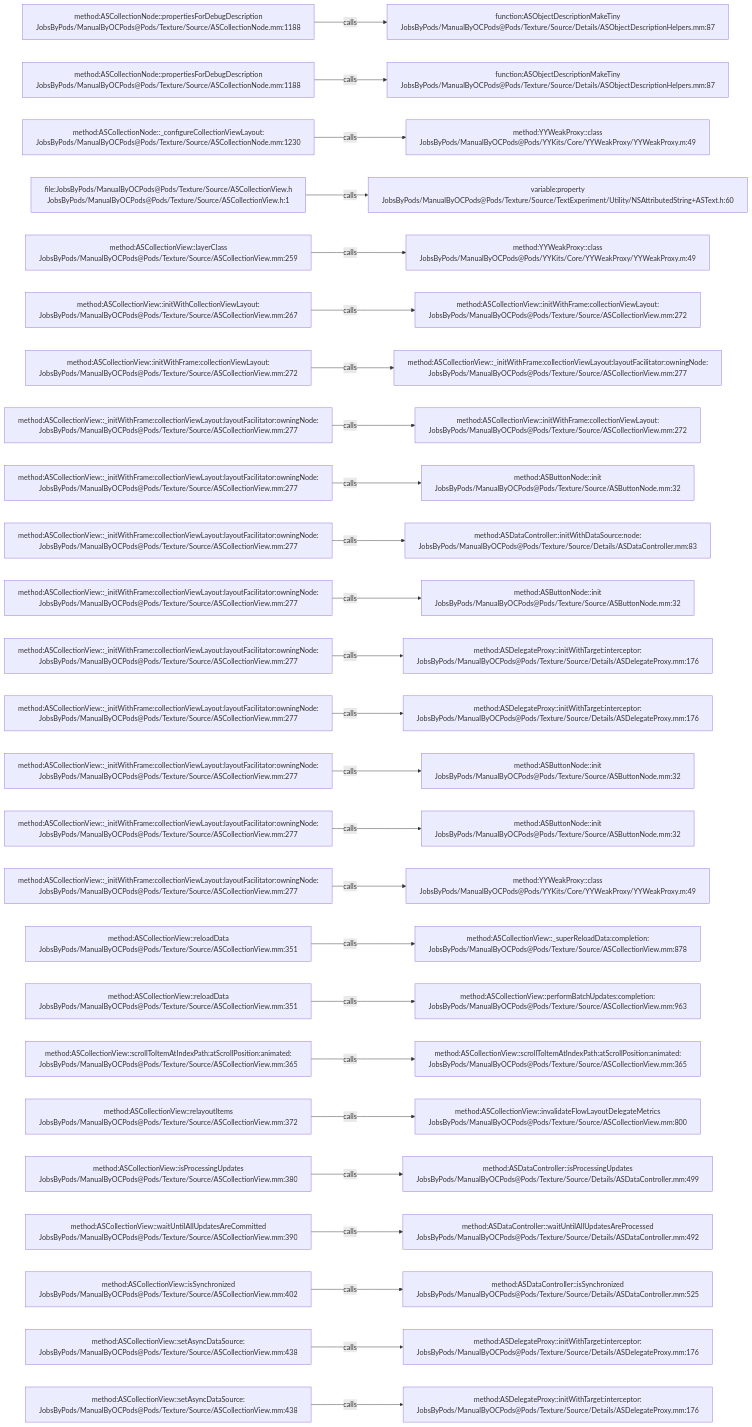
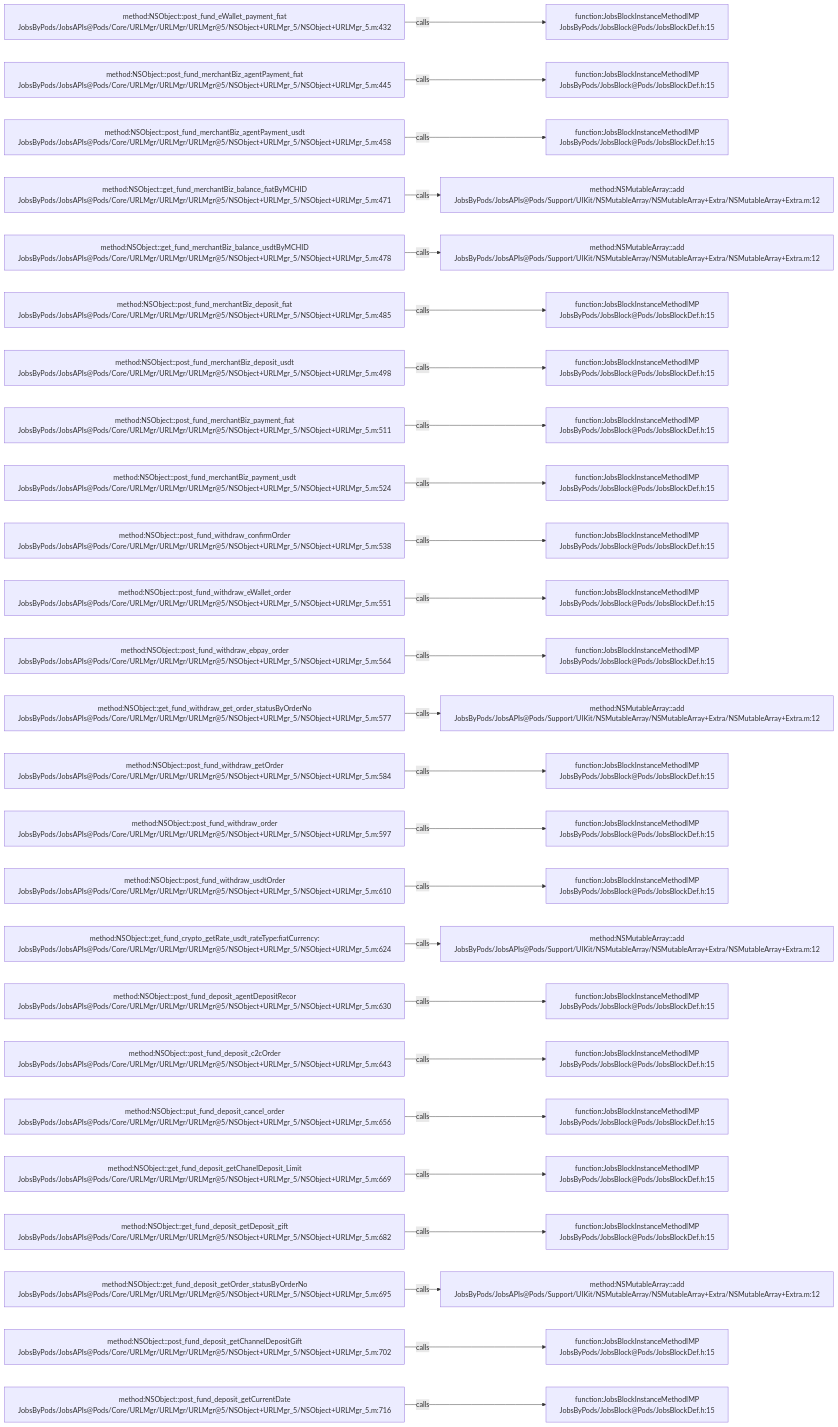
Before and after one commit to JobsKits/JobsOCBaseConfigDemo: the diagram in .codegraph/codegraph.md/graphs/calls-065.md, drawn with Mermaid. The commit also changed 768 other files, not shown here.

````diff
--- a/.codegraph/codegraph.md/graphs/calls-065.md
+++ b/.codegraph/codegraph.md/graphs/calls-065.md
@@ -13,78 +13,78 @@
 ```mermaid
 flowchart LR
-  S1["method:ASCollectionNode::propertiesForDebugDescription<br/>JobsByPods/ManualByOCPods@Pods/Texture/Source/ASCollectionNode.mm:1188"]
-  T1["function:ASObjectDescriptionMakeTiny<br/>JobsByPods/ManualByOCPods@Pods/Texture/Source/Details/ASObjectDescriptionHelpers.mm:87"]
+  S1["method:NSObject::post_fund_eWallet_payment_fiat<br/>JobsByPods/JobsAPIs@Pods/Core/URLMgr/URLMgr/URLMgr@5/NSObject+URLMgr_5/NSObject+URLMgr_5.m:432"]
+  T1["function:JobsBlockInstanceMethodIMP<br/>JobsByPods/JobsBlock@Pods/JobsBlockDef.h:15"]
   S1 -->|calls| T1
-  S2["method:ASCollectionNode::propertiesForDebugDescription<br/>JobsByPods/ManualByOCPods@Pods/Texture/Source/ASCollectionNode.mm:1188"]
-  T2["function:ASObjectDescriptionMakeTiny<br/>JobsByPods/ManualByOCPods@Pods/Texture/Source/Details/ASObjectDescriptionHelpers.mm:87"]
+  S2["method:NSObject::post_fund_merchantBiz_agentPayment_fiat<br/>JobsByPods/JobsAPIs@Pods/Core/URLMgr/URLMgr/URLMgr@5/NSObject+URLMgr_5/NSObject+URLMgr_5.m:445"]
+  T2["function:JobsBlockInstanceMethodIMP<br/>JobsByPods/JobsBlock@Pods/JobsBlockDef.h:15"]
   S2 -->|calls| T2
-  S3["method:ASCollectionNode::_configureCollectionViewLayout:<br/>JobsByPods/ManualByOCPods@Pods/Texture/Source/ASCollectionNode.mm:1230"]
-  T3["method:YYWeakProxy::class<br/>JobsByPods/ManualByOCPods@Pods/YYKits/Core/YYWeakProxy/YYWeakProxy.m:49"]
+  S3["method:NSObject::post_fund_merchantBiz_agentPayment_usdt<br/>JobsByPods/JobsAPIs@Pods/Core/URLMgr/URLMgr/URLMgr@5/NSObject+URLMgr_5/NSObject+URLMgr_5.m:458"]
+  T3["function:JobsBlockInstanceMethodIMP<br/>JobsByPods/JobsBlock@Pods/JobsBlockDef.h:15"]
   S3 -->|calls| T3
-  S4["file:JobsByPods/ManualByOCPods@Pods/Texture/Source/ASCollectionView.h<br/>JobsByPods/ManualByOCPods@Pods/Texture/Source/ASCollectionView.h:1"]
-  T4["variable:property<br/>JobsByPods/ManualByOCPods@Pods/Texture/Source/TextExperiment/Utility/NSAttributedString+ASText.h:60"]
+  S4["method:NSObject::get_fund_merchantBiz_balance_fiatByMCHID<br/>JobsByPods/JobsAPIs@Pods/Core/URLMgr/URLMgr/URLMgr@5/NSObject+URLMgr_5/NSObject+URLMgr_5.m:471"]
+  T4["method:NSMutableArray::add<br/>JobsByPods/JobsAPIs@Pods/Support/UIKit/NSMutableArray/NSMutableArray+Extra/NSMutableArray+Extra.m:12"]
   S4 -->|calls| T4
-  S5["method:ASCollectionView::layerClass<br/>JobsByPods/ManualByOCPods@Pods/Texture/Source/ASCollectionView.mm:259"]
-  T5["method:YYWeakProxy::class<br/>JobsByPods/ManualByOCPods@Pods/YYKits/Core/YYWeakProxy/YYWeakProxy.m:49"]
+  S5["method:NSObject::get_fund_merchantBiz_balance_usdtByMCHID<br/>JobsByPods/JobsAPIs@Pods/Core/URLMgr/URLMgr/URLMgr@5/NSObject+URLMgr_5/NSObject+URLMgr_5.m:478"]
+  T5["method:NSMutableArray::add<br/>JobsByPods/JobsAPIs@Pods/Support/UIKit/NSMutableArray/NSMutableArray+Extra/NSMutableArray+Extra.m:12"]
   S5 -->|calls| T5
-  S6["method:ASCollectionView::initWithCollectionViewLayout:<br/>JobsByPods/ManualByOCPods@Pods/Texture/Source/ASCollectionView.mm:267"]
-  T6["method:ASCollectionView::initWithFrame:collectionViewLayout:<br/>JobsByPods/ManualByOCPods@Pods/Texture/Source/ASCollectionView.mm:272"]
+  S6["method:NSObject::post_fund_merchantBiz_deposit_fiat<br/>JobsByPods/JobsAPIs@Pods/Core/URLMgr/URLMgr/URLMgr@5/NSObject+URLMgr_5/NSObject+URLMgr_5.m:485"]
+  T6["function:JobsBlockInstanceMethodIMP<br/>JobsByPods/JobsBlock@Pods/JobsBlockDef.h:15"]
   S6 -->|calls| T6
-  S7["method:ASCollectionView::initWithFrame:collectionViewLayout:<br/>JobsByPods/ManualByOCPods@Pods/Texture/Source/ASCollectionView.mm:272"]
-  T7["method:ASCollectionView::_initWithFrame:collectionViewLayout:layoutFacilitator:owningNode:<br/>JobsByPods/ManualByOCPods@Pods/Texture/Source/ASCollectionView.mm:277"]
+  S7["method:NSObject::post_fund_merchantBiz_deposit_usdt<br/>JobsByPods/JobsAPIs@Pods/Core/URLMgr/URLMgr/URLMgr@5/NSObject+URLMgr_5/NSObject+URLMgr_5.m:498"]
+  T7["function:JobsBlockInstanceMethodIMP<br/>JobsByPods/JobsBlock@Pods/JobsBlockDef.h:15"]
   S7 -->|calls| T7
-  S8["method:ASCollectionView::_initWithFrame:collectionViewLayout:layoutFacilitator:owningNode:<br/>JobsByPods/ManualByOCPods@Pods/Texture/Source/ASCollectionView.mm:277"]
-  T8["method:ASCollectionView::initWithFrame:collectionViewLayout:<br/>JobsByPods/ManualByOCPods@Pods/Texture/Source/ASCollectionView.mm:272"]
+  S8["method:NSObject::post_fund_merchantBiz_payment_fiat<br/>JobsByPods/JobsAPIs@Pods/Core/URLMgr/URLMgr/URLMgr@5/NSObject+URLMgr_5/NSObject+URLMgr_5.m:511"]
+  T8["function:JobsBlockInstanceMethodIMP<br/>JobsByPods/JobsBlock@Pods/JobsBlockDef.h:15"]
   S8 -->|calls| T8
-  S9["method:ASCollectionView::_initWithFrame:collectionViewLayout:layoutFacilitator:owningNode:<br/>JobsByPods/ManualByOCPods@Pods/Texture/Source/ASCollectionView.mm:277"]
-  T9["method:ASButtonNode::init<br/>JobsByPods/ManualByOCPods@Pods/Texture/Source/ASButtonNode.mm:32"]
+  S9["method:NSObject::post_fund_merchantBiz_payment_usdt<br/>JobsByPods/JobsAPIs@Pods/Core/URLMgr/URLMgr/URLMgr@5/NSObject+URLMgr_5/NSObject+URLMgr_5.m:524"]
+  T9["function:JobsBlockInstanceMethodIMP<br/>JobsByPods/JobsBlock@Pods/JobsBlockDef.h:15"]
   S9 -->|calls| T9
-  S10["method:ASCollectionView::_initWithFrame:collectionViewLayout:layoutFacilitator:owningNode:<br/>JobsByPods/ManualByOCPods@Pods/Texture/Source/ASCollectionView.mm:277"]
-  T10["method:ASDataController::initWithDataSource:node:<br/>JobsByPods/ManualByOCPods@Pods/Texture/Source/Details/ASDataController.mm:83"]
+  S10["method:NSObject::post_fund_withdraw_confirmOrder<br/>JobsByPods/JobsAPIs@Pods/Core/URLMgr/URLMgr/URLMgr@5/NSObject+URLMgr_5/NSObject+URLMgr_5.m:538"]
+  T10["function:JobsBlockInstanceMethodIMP<br/>JobsByPods/JobsBlock@Pods/JobsBlockDef.h:15"]
   S10 -->|calls| T10
-  S11["method:ASCollectionView::_initWithFrame:collectionViewLayout:layoutFacilitator:owningNode:<br/>JobsByPods/ManualByOCPods@Pods/Texture/Source/ASCollectionView.mm:277"]
-  T11["method:ASButtonNode::init<br/>JobsByPods/ManualByOCPods@Pods/Texture/Source/ASButtonNode.mm:32"]
+  S11["method:NSObject::post_fund_withdraw_eWallet_order<br/>JobsByPods/JobsAPIs@Pods/Core/URLMgr/URLMgr/URLMgr@5/NSObject+URLMgr_5/NSObject+URLMgr_5.m:551"]
+  T11["function:JobsBlockInstanceMethodIMP<br/>JobsByPods/JobsBlock@Pods/JobsBlockDef.h:15"]
   S11 -->|calls| T11
-  S12["method:ASCollectionView::_initWithFrame:collectionViewLayout:layoutFacilitator:owningNode:<br/>JobsByPods/ManualByOCPods@Pods/Texture/Source/ASCollectionView.mm:277"]
-  T12["method:ASDelegateProxy::initWithTarget:interceptor:<br/>JobsByPods/ManualByOCPods@Pods/Texture/Source/Details/ASDelegateProxy.mm:176"]
+  S12["method:NSObject::post_fund_withdraw_ebpay_order<br/>JobsByPods/JobsAPIs@Pods/Core/URLMgr/URLMgr/URLMgr@5/NSObject+URLMgr_5/NSObject+URLMgr_5.m:564"]
+  T12["function:JobsBlockInstanceMethodIMP<br/>JobsByPods/JobsBlock@Pods/JobsBlockDef.h:15"]
   S12 -->|calls| T12
-  S13["method:ASCollectionView::_initWithFrame:collectionViewLayout:layoutFacilitator:owningNode:<br/>JobsByPods/ManualByOCPods@Pods/Texture/Source/ASCollectionView.mm:277"]
-  T13["method:ASDelegateProxy::initWithTarget:interceptor:<br/>JobsByPods/ManualByOCPods@Pods/Texture/Source/Details/ASDelegateProxy.mm:176"]
+  S13["method:NSObject::get_fund_withdraw_get_order_statusByOrderNo<br/>JobsByPods/JobsAPIs@Pods/Core/URLMgr/URLMgr/URLMgr@5/NSObject+URLMgr_5/NSObject+URLMgr_5.m:577"]
+  T13["method:NSMutableArray::add<br/>JobsByPods/JobsAPIs@Pods/Support/UIKit/NSMutableArray/NSMutableArray+Extra/NSMutableArray+Extra.m:12"]
   S13 -->|calls| T13
-  S14["method:ASCollectionView::_initWithFrame:collectionViewLayout:layoutFacilitator:owningNode:<br/>JobsByPods/ManualByOCPods@Pods/Texture/Source/ASCollectionView.mm:277"]
-  T14["method:ASButtonNode::init<br/>JobsByPods/ManualByOCPods@Pods/Texture/Source/ASButtonNode.mm:32"]
+  S14["method:NSObject::post_fund_withdraw_getOrder<br/>JobsByPods/JobsAPIs@Pods/Core/URLMgr/URLMgr/URLMgr@5/NSObject+URLMgr_5/NSObject+URLMgr_5.m:584"]
+  T14["function:JobsBlockInstanceMethodIMP<br/>JobsByPods/JobsBlock@Pods/JobsBlockDef.h:15"]
   S14 -->|calls| T14
-  S15["method:ASCollectionView::_initWithFrame:collectionViewLayout:layoutFacilitator:owningNode:<br/>JobsByPods/ManualByOCPods@Pods/Texture/Source/ASCollectionView.mm:277"]
-  T15["method:ASButtonNode::init<br/>JobsByPods/ManualByOCPods@Pods/Texture/Source/ASButtonNode.mm:32"]
+  S15["method:NSObject::post_fund_withdraw_order<br/>JobsByPods/JobsAPIs@Pods/Core/URLMgr/URLMgr/URLMgr@5/NSObject+URLMgr_5/NSObject+URLMgr_5.m:597"]
+  T15["function:JobsBlockInstanceMethodIMP<br/>JobsByPods/JobsBlock@Pods/JobsBlockDef.h:15"]
   S15 -->|calls| T15
-  S16["method:ASCollectionView::_initWithFrame:collectionViewLayout:layoutFacilitator:owningNode:<br/>JobsByPods/ManualByOCPods@Pods/Texture/Source/ASCollectionView.mm:277"]
-  T16["method:YYWeakProxy::class<br/>JobsByPods/ManualByOCPods@Pods/YYKits/Core/YYWeakProxy/YYWeakProxy.m:49"]
+  S16["method:NSObject::post_fund_withdraw_usdtOrder<br/>JobsByPods/JobsAPIs@Pods/Core/URLMgr/URLMgr/URLMgr@5/NSObject+URLMgr_5/NSObject+URLMgr_5.m:610"]
+  T16["function:JobsBlockInstanceMethodIMP<br/>JobsByPods/JobsBlock@Pods/JobsBlockDef.h:15"]
   S16 -->|calls| T16
-  S17["method:ASCollectionView::reloadData<br/>JobsByPods/ManualByOCPods@Pods/Texture/Source/ASCollectionView.mm:351"]
-  T17["method:ASCollectionView::_superReloadData:completion:<br/>JobsByPods/ManualByOCPods@Pods/Texture/Source/ASCollectionView.mm:878"]
+  S17["method:NSObject::get_fund_crypto_getRate_usdt_rateType:fiatCurrency:<br/>JobsByPods/JobsAPIs@Pods/Core/URLMgr/URLMgr/URLMgr@5/NSObject+URLMgr_5/NSObject+URLMgr_5.m:624"]
+  T17["method:NSMutableArray::add<br/>JobsByPods/JobsAPIs@Pods/Support/UIKit/NSMutableArray/NSMutableArray+Extra/NSMutableArray+Extra.m:12"]
   S17 -->|calls| T17
-  S18["method:ASCollectionView::reloadData<br/>JobsByPods/ManualByOCPods@Pods/Texture/Source/ASCollectionView.mm:351"]
-  T18["method:ASCollectionView::performBatchUpdates:completion:<br/>JobsByPods/ManualByOCPods@Pods/Texture/Source/ASCollectionView.mm:963"]
+  S18["method:NSObject::post_fund_deposit_agentDepositRecor<br/>JobsByPods/JobsAPIs@Pods/Core/URLMgr/URLMgr/URLMgr@5/NSObject+URLMgr_5/NSObject+URLMgr_5.m:630"]
+  T18["function:JobsBlockInstanceMethodIMP<br/>JobsByPods/JobsBlock@Pods/JobsBlockDef.h:15"]
   S18 -->|calls| T18
-  S19["method:ASCollectionView::scrollToItemAtIndexPath:atScrollPosition:animated:<br/>JobsByPods/ManualByOCPods@Pods/Texture/Source/ASCollectionView.mm:365"]
-  T19["method:ASCollectionView::scrollToItemAtIndexPath:atScrollPosition:animated:<br/>JobsByPods/ManualByOCPods@Pods/Texture/Source/ASCollectionView.mm:365"]
+  S19["method:NSObject::post_fund_deposit_c2cOrder<br/>JobsByPods/JobsAPIs@Pods/Core/URLMgr/URLMgr/URLMgr@5/NSObject+URLMgr_5/NSObject+URLMgr_5.m:643"]
+  T19["function:JobsBlockInstanceMethodIMP<br/>JobsByPods/JobsBlock@Pods/JobsBlockDef.h:15"]
   S19 -->|calls| T19
-  S20["method:ASCollectionView::relayoutItems<br/>JobsByPods/ManualByOCPods@Pods/Texture/Source/ASCollectionView.mm:372"]
-  T20["method:ASCollectionView::invalidateFlowLayoutDelegateMetrics<br/>JobsByPods/ManualByOCPods@Pods/Texture/Source/ASCollectionView.mm:800"]
+  S20["method:NSObject::put_fund_deposit_cancel_order<br/>JobsByPods/JobsAPIs@Pods/Core/URLMgr/URLMgr/URLMgr@5/NSObject+URLMgr_5/NSObject+URLMgr_5.m:656"]
+  T20["function:JobsBlockInstanceMethodIMP<br/>JobsByPods/JobsBlock@Pods/JobsBlockDef.h:15"]
   S20 -->|calls| T20
-  S21["method:ASCollectionView::isProcessingUpdates<br/>JobsByPods/ManualByOCPods@Pods/Texture/Source/ASCollectionView.mm:380"]
-  T21["method:ASDataController::isProcessingUpdates<br/>JobsByPods/ManualByOCPods@Pods/Texture/Source/Details/ASDataController.mm:499"]
+  S21["method:NSObject::get_fund_deposit_getChanelDeposit_Limit<br/>JobsByPods/JobsAPIs@Pods/Core/URLMgr/URLMgr/URLMgr@5/NSObject+URLMgr_5/NSObject+URLMgr_5.m:669"]
+  T21["function:JobsBlockInstanceMethodIMP<br/>JobsByPods/JobsBlock@Pods/JobsBlockDef.h:15"]
   S21 -->|calls| T21
-  S22["method:ASCollectionView::waitUntilAllUpdatesAreCommitted<br/>JobsByPods/ManualByOCPods@Pods/Texture/Source/ASCollectionView.mm:390"]
-  T22["method:ASDataController::waitUntilAllUpdatesAreProcessed<br/>JobsByPods/ManualByOCPods@Pods/Texture/Source/Details/ASDataController.mm:492"]
+  S22["method:NSObject::get_fund_deposit_getDeposit_gift<br/>JobsByPods/JobsAPIs@Pods/Core/URLMgr/URLMgr/URLMgr@5/NSObject+URLMgr_5/NSObject+URLMgr_5.m:682"]
+  T22["function:JobsBlockInstanceMethodIMP<br/>JobsByPods/JobsBlock@Pods/JobsBlockDef.h:15"]
   S22 -->|calls| T22
-  S23["method:ASCollectionView::isSynchronized<br/>JobsByPods/ManualByOCPods@Pods/Texture/Source/ASCollectionView.mm:402"]
-  T23["method:ASDataController::isSynchronized<br/>JobsByPods/ManualByOCPods@Pods/Texture/Source/Details/ASDataController.mm:525"]
+  S23["method:NSObject::get_fund_deposit_getOrder_statusByOrderNo<br/>JobsByPods/JobsAPIs@Pods/Core/URLMgr/URLMgr/URLMgr@5/NSObject+URLMgr_5/NSObject+URLMgr_5.m:695"]
+  T23["method:NSMutableArray::add<br/>JobsByPods/JobsAPIs@Pods/Support/UIKit/NSMutableArray/NSMutableArray+Extra/NSMutableArray+Extra.m:12"]
   S23 -->|calls| T23
-  S24["method:ASCollectionView::setAsyncDataSource:<br/>JobsByPods/ManualByOCPods@Pods/Texture/Source/ASCollectionView.mm:438"]
-  T24["method:ASDelegateProxy::initWithTarget:interceptor:<br/>JobsByPods/ManualByOCPods@Pods/Texture/Source/Details/ASDelegateProxy.mm:176"]
+  S24["method:NSObject::post_fund_deposit_getChannelDepositGift<br/>JobsByPods/JobsAPIs@Pods/Core/URLMgr/URLMgr/URLMgr@5/NSObject+URLMgr_5/NSObject+URLMgr_5.m:702"]
+  T24["function:JobsBlockInstanceMethodIMP<br/>JobsByPods/JobsBlock@Pods/JobsBlockDef.h:15"]
   S24 -->|calls| T24
-  S25["method:ASCollectionView::setAsyncDataSource:<br/>JobsByPods/ManualByOCPods@Pods/Texture/Source/ASCollectionView.mm:438"]
-  T25["method:ASDelegateProxy::initWithTarget:interceptor:<br/>JobsByPods/ManualByOCPods@Pods/Texture/Source/Details/ASDelegateProxy.mm:176"]
+  S25["method:NSObject::post_fund_deposit_getCurrentDate<br/>JobsByPods/JobsAPIs@Pods/Core/URLMgr/URLMgr/URLMgr@5/NSObject+URLMgr_5/NSObject+URLMgr_5.m:716"]
+  T25["function:JobsBlockInstanceMethodIMP<br/>JobsByPods/JobsBlock@Pods/JobsBlockDef.h:15"]
   S25 -->|calls| T25
 ```
````
